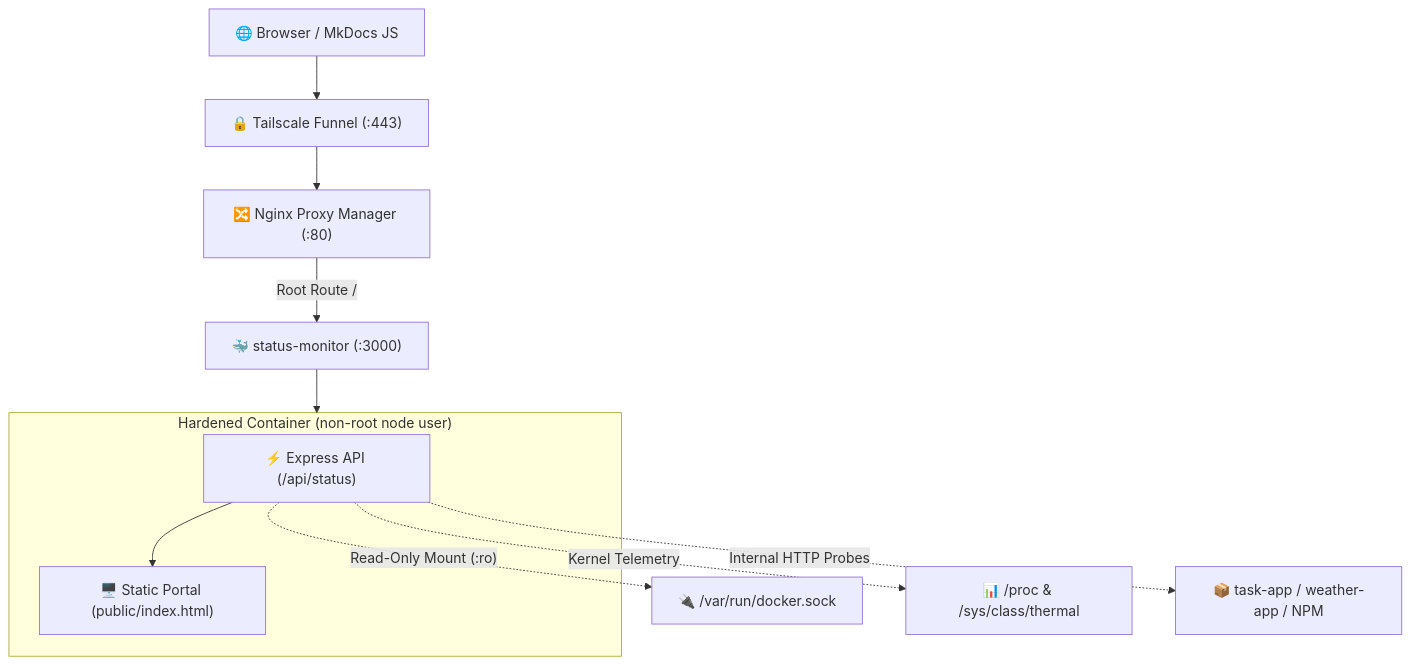
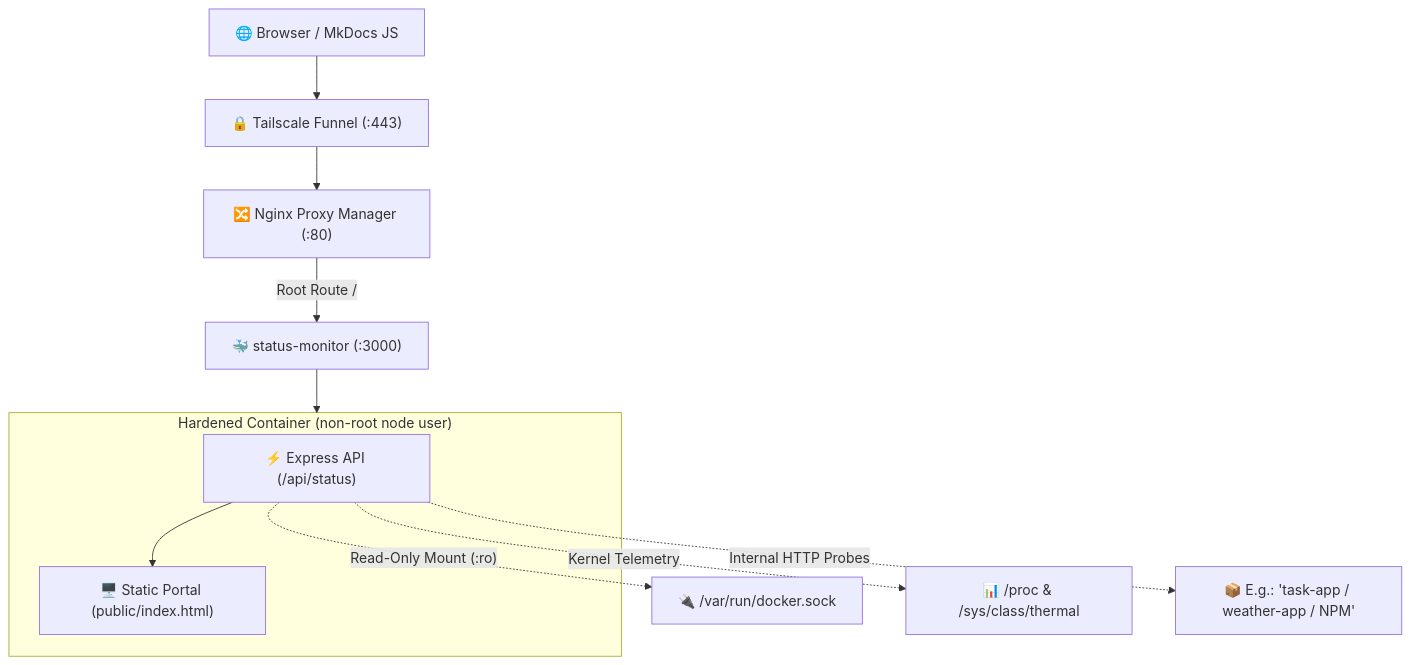
The diagram in README.md (joaohb07/status-monitor), drawn with Mermaid before and after one commit.

Commit message:
chore: small fix readme

````diff
--- a/README.md
+++ b/README.md
@@ -29,17 +29,17 @@
 ```mermaid
 flowchart TD
     Client["🌐 Browser / MkDocs JS"] --> Funnel["🔒 Tailscale Funnel (:443)"]
     Funnel --> NPM["🔀 Nginx Proxy Manager (:80)"]
     NPM -->|"Root Route /"| Monitor["🐳 status-monitor (:3000)"]
 
     subgraph HardenedContainer ["Hardened Container (non-root node user)"]
         API["⚡ Express API (/api/status)"]
         UI["🖥️ Static Portal (public/index.html)"]
         API --> UI
     end
 
     Monitor --> HardenedContainer
     API -.->|"Read-Only Mount (:ro)"| Sock["🔌 /var/run/docker.sock"]
     API -.->|"Kernel Telemetry"| Proc["📊 /proc & /sys/class/thermal"]
-    API -.->|"Internal HTTP Probes"| Apps["📦 task-app / weather-app / NPM"]
+    API -.->|"Internal HTTP Probes"| Apps["📦 E.g.: 'task-app / weather-app / NPM'"]
 ```
````
